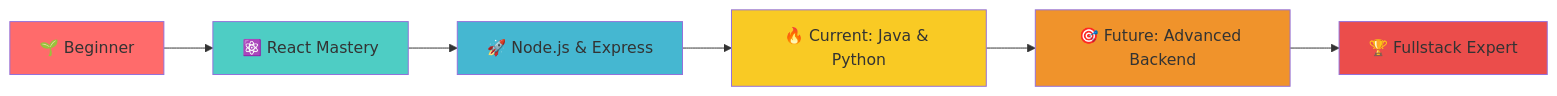
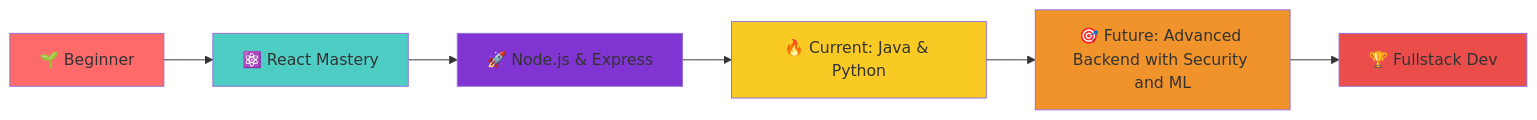
One commit to winzerprince/winzerprince changed the diagram in README.md. Above: the diagram before and after it, drawn with Mermaid. The commit also changed other lines of this file, not shown here.

````diff
--- a/README.md
+++ b/README.md
@@ -96,15 +103,15 @@
 ```mermaid
 graph LR
     A[🌱 Beginner] --> B[⚛️ React Mastery]
     B --> C[🚀 Node.js & Express]
     C --> D[🔥 Current: Java & Python]
-    D --> E[🎯 Future: Advanced Backend]
-    E --> F[🏆 Fullstack Expert]
+    D --> E[🎯 Future: Advanced Backend with Security and ML]
+    E --> F[🏆 Fullstack Dev]
     
     style A fill:#ff6b6b
     style B fill:#4ecdc4
-    style C fill:#45b7d1
+    style C fill:#8034d1
     style D fill:#f9ca24
     style E fill:#f0932b
     style F fill:#eb4d4b
 ```
````
